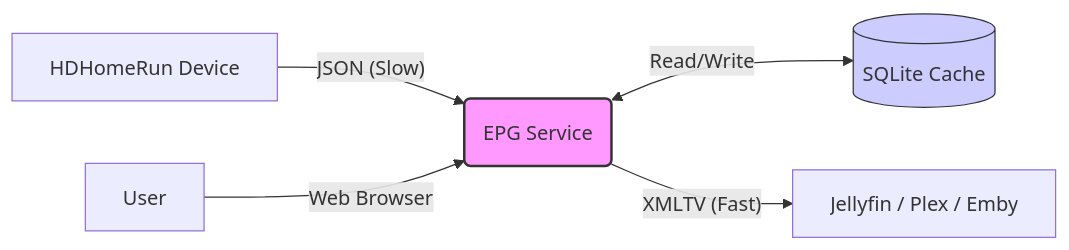
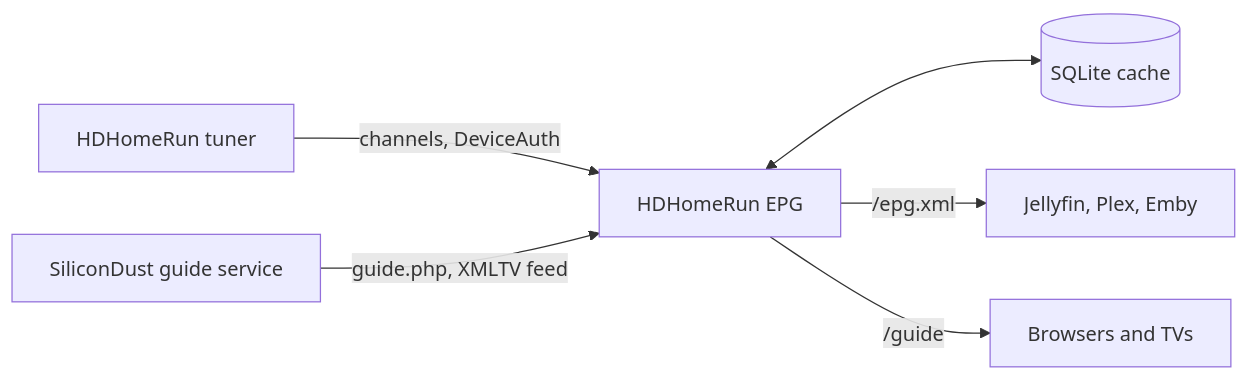
One commit to thekoma/HDHomeRunEPG-to-XmlTv changed the diagram in README.md. Above: the diagram before and after it, drawn with Mermaid. The commit also changed other lines of this file and 15 other files, not shown here.

````diff
--- a/README.md
+++ b/README.md
@@ -30,10 +14,8 @@
 ```mermaid
-graph LR
-    A[HDHomeRun Device] -- "JSON (Slow)" --> B(EPG Service)
-    B <-- "Read/Write" --> C[(SQLite Cache)]
-    B -- "XMLTV (Fast)" --> D[Jellyfin / Plex / Emby]
-    E[User] -- "Web Browser" --> B
-
-    style B fill:#f9f,stroke:#333,stroke-width:2px
-    style C fill:#ccf,stroke:#333,stroke-width:1px
+flowchart LR
+  tuner[HDHomeRun tuner] -- "channels, DeviceAuth" --> service[HDHomeRun EPG]
+  cloud[SiliconDust guide service] -- "guide.php, XMLTV feed" --> service
+  service <--> cache[(SQLite cache)]
+  service -- "/epg.xml" --> media[Jellyfin, Plex, Emby]
+  service -- "/guide" --> browser[Browsers and TVs]
 ```
````
